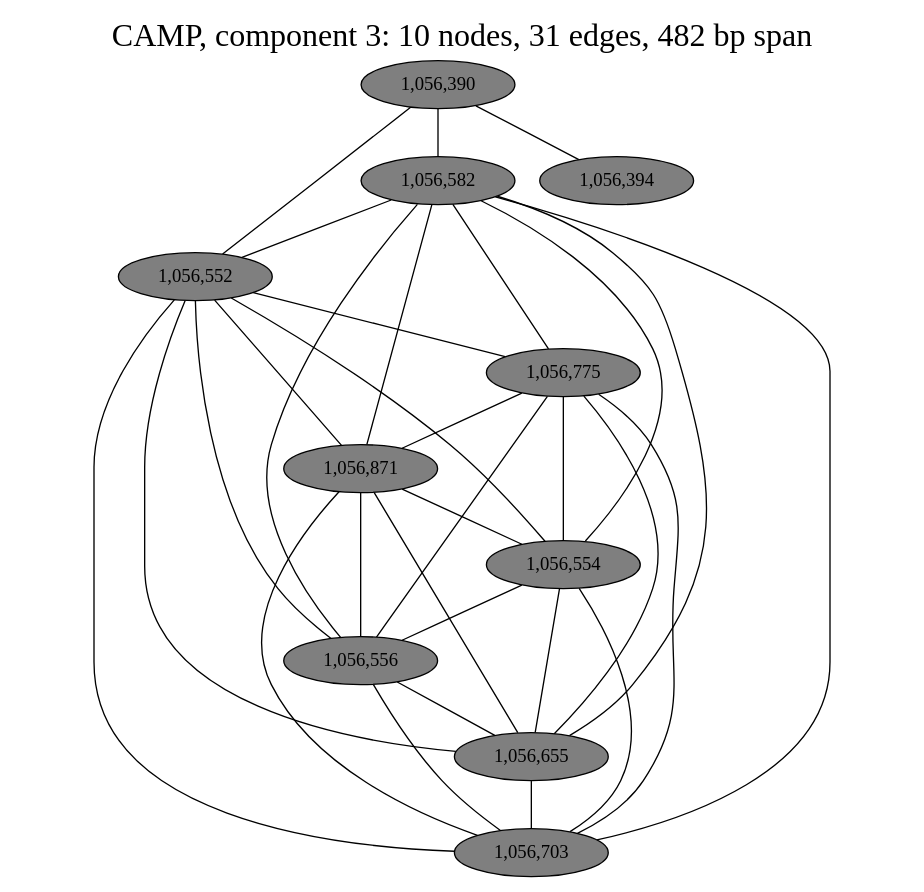
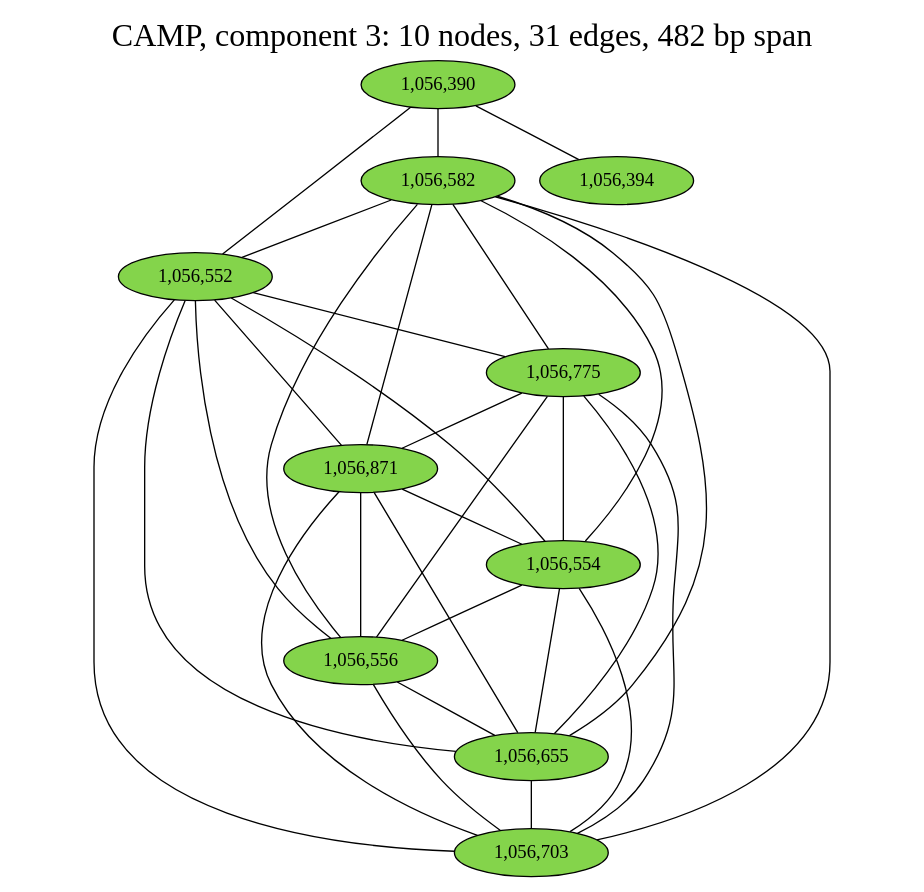
Before and after one commit to fedarko/sheepgut: the diagram in notebooks/graphs/CAMP_cc3.gv, drawn with Graphviz. The commit also changed 64 other files, not shown here.

Commit message:
use viridis for gene colors in LM graphs

```diff
--- a/notebooks/graphs/CAMP_cc3.gv
+++ b/notebooks/graphs/CAMP_cc3.gv
@@ -1,48 +1,48 @@
 graph CAMP_cc3 {
 	overlap="prism50";
 	outputorder="edgesfirst";
 	label="CAMP, component 3: 10 nodes, 31 edges, 482 bp span";
 	labelloc="t";
 	fontsize=24;
-	"1,056,390" [style="filled", fillcolor="#7f7f7f", fontcolor="#000000"];
-	"1,056,582" [style="filled", fillcolor="#7f7f7f", fontcolor="#000000"];
-	"1,056,552" [style="filled", fillcolor="#7f7f7f", fontcolor="#000000"];
-	"1,056,775" [style="filled", fillcolor="#7f7f7f", fontcolor="#000000"];
-	"1,056,394" [style="filled", fillcolor="#7f7f7f", fontcolor="#000000"];
-	"1,056,871" [style="filled", fillcolor="#7f7f7f", fontcolor="#000000"];
-	"1,056,554" [style="filled", fillcolor="#7f7f7f", fontcolor="#000000"];
-	"1,056,556" [style="filled", fillcolor="#7f7f7f", fontcolor="#000000"];
-	"1,056,655" [style="filled", fillcolor="#7f7f7f", fontcolor="#000000"];
-	"1,056,703" [style="filled", fillcolor="#7f7f7f", fontcolor="#000000"];
+	"1,056,390" [style="filled", fillcolor="#84d44b", fontcolor="#000000"];
+	"1,056,582" [style="filled", fillcolor="#84d44b", fontcolor="#000000"];
+	"1,056,552" [style="filled", fillcolor="#84d44b", fontcolor="#000000"];
+	"1,056,775" [style="filled", fillcolor="#84d44b", fontcolor="#000000"];
+	"1,056,394" [style="filled", fillcolor="#84d44b", fontcolor="#000000"];
+	"1,056,871" [style="filled", fillcolor="#84d44b", fontcolor="#000000"];
+	"1,056,554" [style="filled", fillcolor="#84d44b", fontcolor="#000000"];
+	"1,056,556" [style="filled", fillcolor="#84d44b", fontcolor="#000000"];
+	"1,056,655" [style="filled", fillcolor="#84d44b", fontcolor="#000000"];
+	"1,056,703" [style="filled", fillcolor="#84d44b", fontcolor="#000000"];
 	"1,056,390" -- "1,056,394";
 	"1,056,390" -- "1,056,552";
 	"1,056,390" -- "1,056,582";
 	"1,056,582" -- "1,056,552";
 	"1,056,582" -- "1,056,554";
 	"1,056,582" -- "1,056,556";
 	"1,056,582" -- "1,056,655";
 	"1,056,582" -- "1,056,703";
 	"1,056,582" -- "1,056,775";
 	"1,056,582" -- "1,056,871";
 	"1,056,552" -- "1,056,554";
 	"1,056,552" -- "1,056,556";
 	"1,056,552" -- "1,056,655";
 	"1,056,552" -- "1,056,703";
 	"1,056,552" -- "1,056,775";
 	"1,056,552" -- "1,056,871";
 	"1,056,775" -- "1,056,554";
 	"1,056,775" -- "1,056,556";
 	"1,056,775" -- "1,056,655";
 	"1,056,775" -- "1,056,703";
 	"1,056,775" -- "1,056,871";
 	"1,056,871" -- "1,056,554";
 	"1,056,871" -- "1,056,556";
 	"1,056,871" -- "1,056,655";
 	"1,056,871" -- "1,056,703";
 	"1,056,554" -- "1,056,556";
 	"1,056,554" -- "1,056,655";
 	"1,056,554" -- "1,056,703";
 	"1,056,556" -- "1,056,655";
 	"1,056,556" -- "1,056,703";
 	"1,056,655" -- "1,056,703";
 }
```
